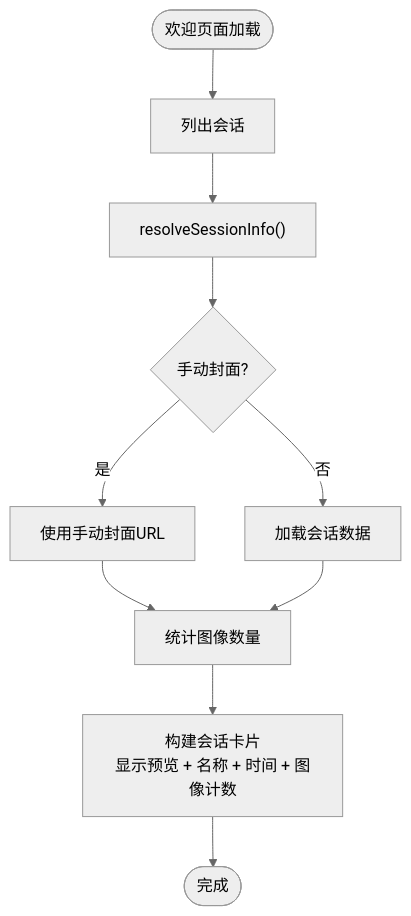
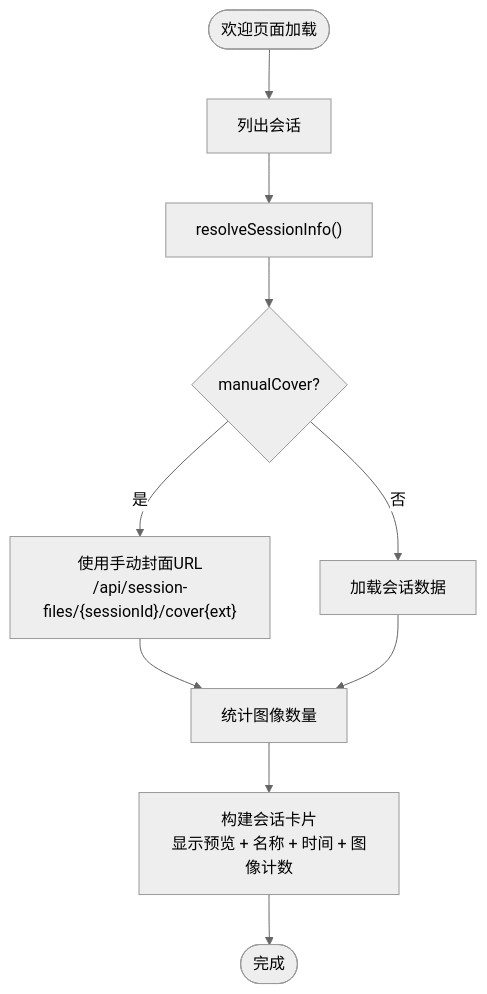
One commit to billye220670/CorineKit_Pix2Real changed the seventh of 10 diagrams in .qoder/repowiki/zh/content/会话管理/会话管理.md. Above: the diagram before and after it, drawn with Mermaid (neutral theme). The commit also changed other lines of this file and 14 other files, not shown here.

````diff
--- a/.qoder/repowiki/zh/content/会话管理/会话管理.md
+++ b/.qoder/repowiki/zh/content/会话管理/会话管理.md
@@ -290,12 +365,12 @@
 ```mermaid
 flowchart TD
 Start(["欢迎页面加载"]) --> ListSessions["列出会话"]
 ListSessions --> ResolveInfo["resolveSessionInfo()"]
-ResolveInfo --> ManualCover{"手动封面?"}
-ManualCover --> |是| UseCover["使用手动封面URL"]
-ManualCover --> |否| LoadSession["加载会话数据"]
-UseCover --> CountImages["统计图像数量"]
+ResolveInfo --> CheckManual{"manualCover?"}
+CheckManual --> |是| UseManual["使用手动封面URL<br/>/api/session-files/{sessionId}/cover{ext}"]
+CheckManual --> |否| LoadSession["加载会话数据"]
+UseManual --> CountImages["统计图像数量"]
 LoadSession --> CountImages
 CountImages --> BuildCard["构建会话卡片<br/>显示预览 + 名称 + 时间 + 图像计数"]
 BuildCard --> End(["完成"])
 ```
````
